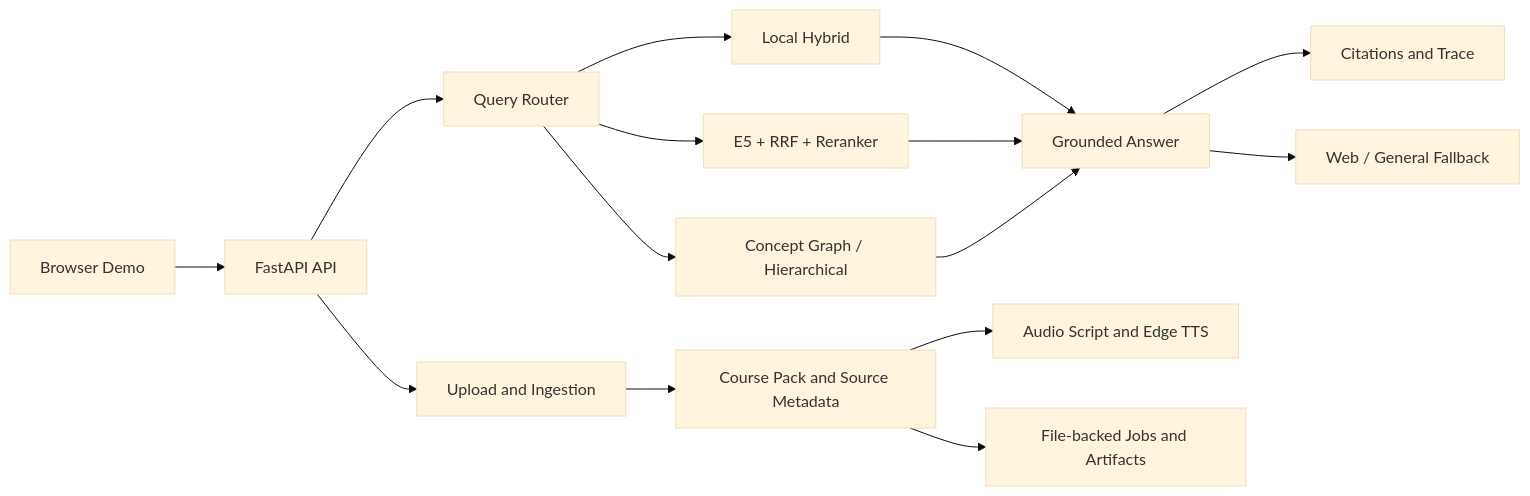
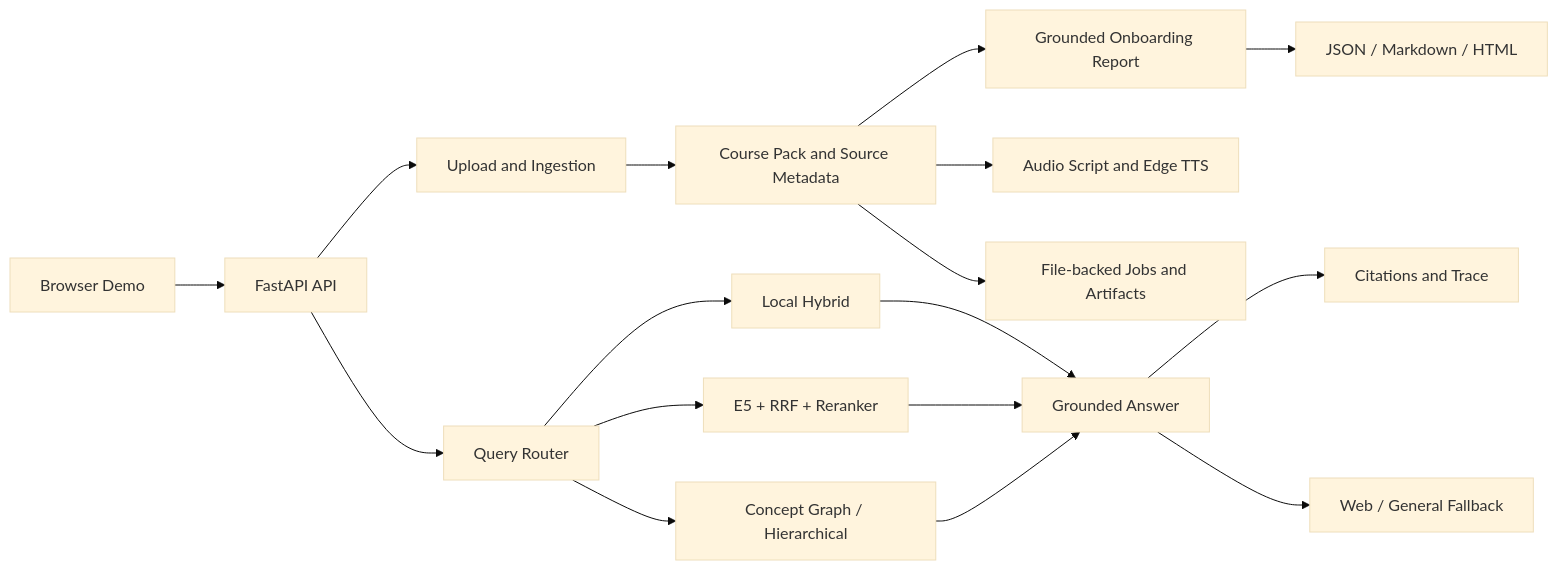
One commit to YuMinBee/CourseBee changed the diagram in README.md. Above: the diagram before and after it, drawn with Mermaid (base theme). The commit also changed other lines of this file and 56 other files, not shown here.

````diff
--- a/README.md
+++ b/README.md
@@ -117,17 +149,19 @@
 ```mermaid
 flowchart LR
     UI[Browser Demo] --> API[FastAPI API]
     API --> INGEST[Upload and Ingestion]
     INGEST --> PACK[Course Pack and Source Metadata]
     API --> ROUTER[Query Router]
     ROUTER --> LOCAL[Local Hybrid]
     ROUTER --> SEMANTIC[E5 + RRF + Reranker]
     ROUTER --> GRAPH[Concept Graph / Hierarchical]
     LOCAL --> ANSWER[Grounded Answer]
     SEMANTIC --> ANSWER
     GRAPH --> ANSWER
     ANSWER --> CITATION[Citations and Trace]
     ANSWER --> FALLBACK[Web / General Fallback]
+    PACK --> REPORT[Grounded Onboarding Report]
+    REPORT --> EXPORT[JSON / Markdown / HTML]
     PACK --> AUDIO[Audio Script and Edge TTS]
     PACK --> STORE[File-backed Jobs and Artifacts]
 ```
````
